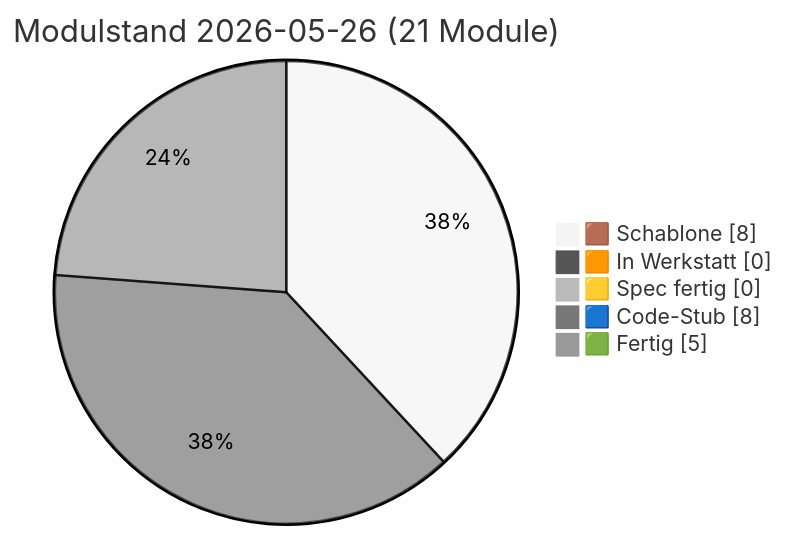
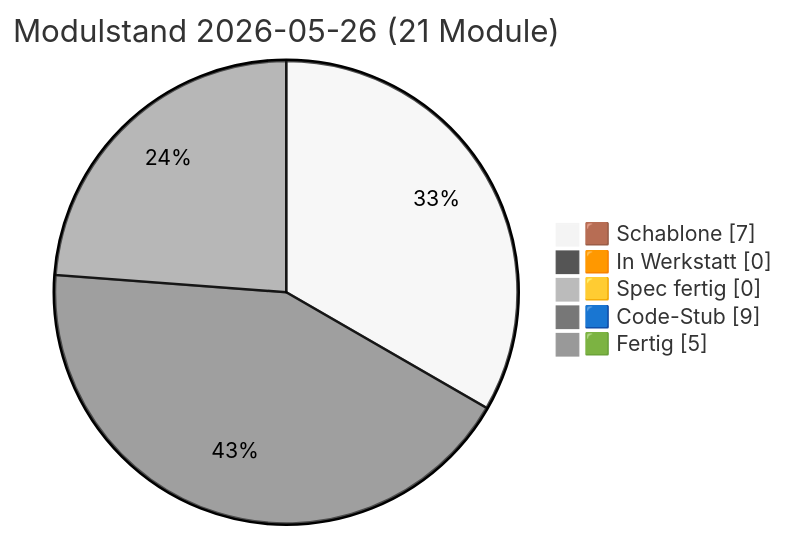
The diagram in docs/PULS.md (lausiklauskn-png/Sage-Protokol), drawn with Mermaid (neutral theme) before and after one commit. The commit also changed other lines of this file and 8 other files, not shown here.

````diff
--- a/docs/PULS.md
+++ b/docs/PULS.md
@@ -21,9 +21,9 @@
 ```mermaid
 pie showData
   title Modulstand 2026-05-26 (21 Module)
-  "🟫 Schablone" : 8
+  "🟫 Schablone" : 7
   "🟧 In Werkstatt" : 0
   "🟨 Spec fertig" : 0
-  "🟦 Code-Stub" : 8
+  "🟦 Code-Stub" : 9
   "🟩 Fertig" : 5
 ```
````
